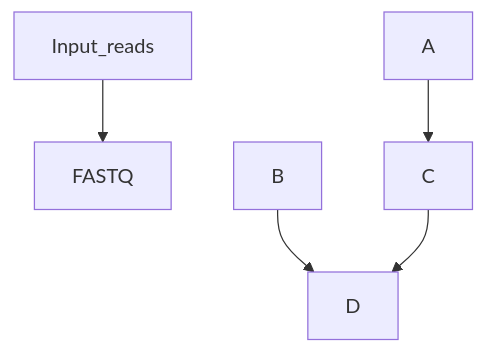
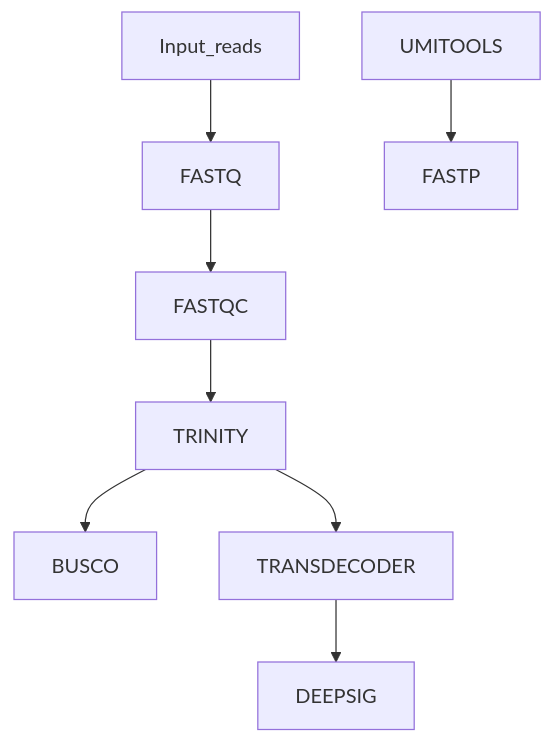
The diagram in README.md (EPegueroS/transcriptassembler), drawn with Mermaid before and after one commit. The commit also changed other lines of this file and 2 other files, not shown here.

````diff
--- a/README.md
+++ b/README.md
@@ -22,7 +22,10 @@
 ```mermaid
 graph TD;
     Input_reads-->FASTQ;
-    A-->C;
-    B-->D;
-    C-->D;
+    FASTQ-->FASTQC;
+    UMITOOLS-->FASTP;
+    FASTQC-->TRINITY;
+    TRINITY-->BUSCO;
+    TRINITY-->TRANSDECODER;
+    TRANSDECODER-->DEEPSIG;
 ```
````
